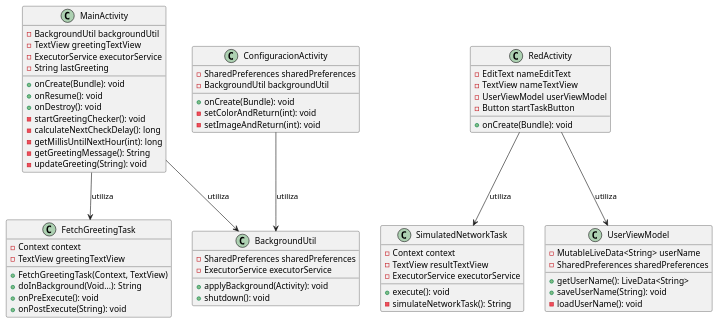
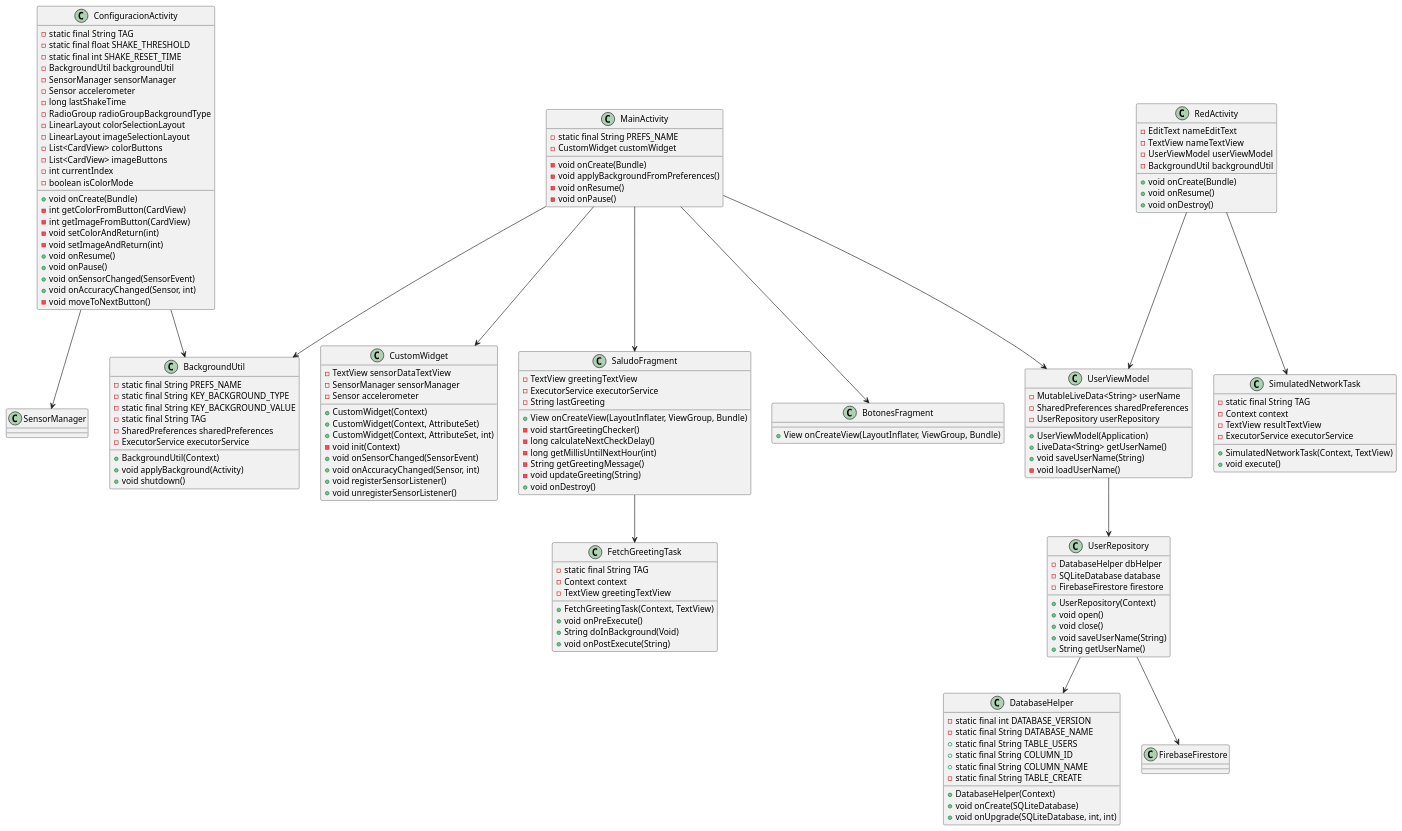
The diagram in app/src/main/java/UML/UMLClases.puml (Jaime1999l/Jaime_Lopez_Diaz_Taller_4_PDE), drawn with PlantUML before and after one commit. The commit also changed 1 other file, not shown here.

```diff
--- a/app/src/main/java/UML/UMLClases.puml
+++ b/app/src/main/java/UML/UMLClases.puml
@@ -1,72 +1,158 @@
 @startuml
 
 class MainActivity {
-    - BackgroundUtil backgroundUtil
+    - static final String PREFS_NAME
+    - CustomWidget customWidget
+    - void onCreate(Bundle)
+    - void applyBackgroundFromPreferences()
+    - void onResume()
+    - void onPause()
+}
+
+class CustomWidget {
+    - TextView sensorDataTextView
+    - SensorManager sensorManager
+    - Sensor accelerometer
+    + CustomWidget(Context)
+    + CustomWidget(Context, AttributeSet)
+    + CustomWidget(Context, AttributeSet, int)
+    - void init(Context)
+    + void onSensorChanged(SensorEvent)
+    + void onAccuracyChanged(Sensor, int)
+    + void registerSensorListener()
+    + void unregisterSensorListener()
+}
+
+class BackgroundUtil {
+    - static final String PREFS_NAME
+    - static final String KEY_BACKGROUND_TYPE
+    - static final String KEY_BACKGROUND_VALUE
+    - static final String TAG
+    - SharedPreferences sharedPreferences
+    - ExecutorService executorService
+    + BackgroundUtil(Context)
+    + void applyBackground(Activity)
+    + void shutdown()
+}
+
+class SimulatedNetworkTask {
+    - static final String TAG
+    - Context context
+    - TextView resultTextView
+    - ExecutorService executorService
+    + SimulatedNetworkTask(Context, TextView)
+    + void execute()
+}
+
+class FetchGreetingTask {
+    - static final String TAG
+    - Context context
+    - TextView greetingTextView
+    + FetchGreetingTask(Context, TextView)
+    + void onPreExecute()
+    + String doInBackground(Void)
+    + void onPostExecute(String)
+}
+
+class UserViewModel {
+    - MutableLiveData<String> userName
+    - SharedPreferences sharedPreferences
+    - UserRepository userRepository
+    + UserViewModel(Application)
+    + LiveData<String> getUserName()
+    + void saveUserName(String)
+    - void loadUserName()
+}
+
+class SaludoFragment {
     - TextView greetingTextView
     - ExecutorService executorService
     - String lastGreeting
-    + onCreate(Bundle): void
-    + onResume(): void
-    + onDestroy(): void
-    - startGreetingChecker(): void
-    - calculateNextCheckDelay(): long
-    - getMillisUntilNextHour(int): long
-    - getGreetingMessage(): String
-    - updateGreeting(String): void
+    + View onCreateView(LayoutInflater, ViewGroup, Bundle)
+    - void startGreetingChecker()
+    - long calculateNextCheckDelay()
+    - long getMillisUntilNextHour(int)
+    - String getGreetingMessage()
+    - void updateGreeting(String)
+    + void onDestroy()
+}
+
+class BotonesFragment {
+    + View onCreateView(LayoutInflater, ViewGroup, Bundle)
+}
+
+class DatabaseHelper {
+    - static final int DATABASE_VERSION
+    - static final String DATABASE_NAME
+    + static final String TABLE_USERS
+    + static final String COLUMN_ID
+    + static final String COLUMN_NAME
+    - static final String TABLE_CREATE
+    + DatabaseHelper(Context)
+    + void onCreate(SQLiteDatabase)
+    + void onUpgrade(SQLiteDatabase, int, int)
+}
+
+class UserRepository {
+    - DatabaseHelper dbHelper
+    - SQLiteDatabase database
+    - FirebaseFirestore firestore
+    + UserRepository(Context)
+    + void open()
+    + void close()
+    + void saveUserName(String)
+    + String getUserName()
 }
 
 class RedActivity {
     - EditText nameEditText
     - TextView nameTextView
     - UserViewModel userViewModel
-    - Button startTaskButton
-    + onCreate(Bundle): void
+    - BackgroundUtil backgroundUtil
+    + void onCreate(Bundle)
+    + void onResume()
+    + void onDestroy()
 }
 
 class ConfiguracionActivity {
-    - SharedPreferences sharedPreferences
+    - static final String TAG
+    - static final float SHAKE_THRESHOLD
+    - static final int SHAKE_RESET_TIME
     - BackgroundUtil backgroundUtil
-    + onCreate(Bundle): void
-    - setColorAndReturn(int): void
-    - setImageAndReturn(int): void
+    - SensorManager sensorManager
+    - Sensor accelerometer
+    - long lastShakeTime
+    - RadioGroup radioGroupBackgroundType
+    - LinearLayout colorSelectionLayout
+    - LinearLayout imageSelectionLayout
+    - List<CardView> colorButtons
+    - List<CardView> imageButtons
+    - int currentIndex
+    - boolean isColorMode
+    + void onCreate(Bundle)
+    - int getColorFromButton(CardView)
+    - int getImageFromButton(CardView)
+    - void setColorAndReturn(int)
+    - void setImageAndReturn(int)
+    + void onResume()
+    + void onPause()
+    + void onSensorChanged(SensorEvent)
+    + void onAccuracyChanged(Sensor, int)
+    - void moveToNextButton()
 }
 
-class BackgroundUtil {
-    - SharedPreferences sharedPreferences
-    - ExecutorService executorService
-    + applyBackground(Activity): void
-    + shutdown(): void
-}
-
-class FetchGreetingTask {
-    - Context context
-    - TextView greetingTextView
-    + FetchGreetingTask(Context, TextView)
-    + doInBackground(Void...): String
-    + onPreExecute(): void
-    + onPostExecute(String): void
-}
-
-class SimulatedNetworkTask {
-    - Context context
-    - TextView resultTextView
-    - ExecutorService executorService
-    + execute(): void
-    - simulateNetworkTask(): String
-}
-
-class UserViewModel {
-    - MutableLiveData<String> userName
-    - SharedPreferences sharedPreferences
-    + getUserName(): LiveData<String>
-    + saveUserName(String): void
-    - loadUserName(): void
-}
-
-RedActivity --> UserViewModel : utiliza
-RedActivity --> SimulatedNetworkTask : utiliza
-MainActivity --> BackgroundUtil : utiliza
-MainActivity --> FetchGreetingTask : utiliza
-ConfiguracionActivity --> BackgroundUtil : utiliza
+MainActivity --> CustomWidget
+MainActivity --> SaludoFragment
+MainActivity --> BotonesFragment
+MainActivity --> BackgroundUtil
+MainActivity --> UserViewModel
+UserViewModel --> UserRepository
+UserRepository --> DatabaseHelper
+UserRepository --> FirebaseFirestore
+RedActivity --> UserViewModel
+RedActivity --> SimulatedNetworkTask
+SaludoFragment --> FetchGreetingTask
+ConfiguracionActivity --> BackgroundUtil
+ConfiguracionActivity --> SensorManager
 
 @enduml
```
